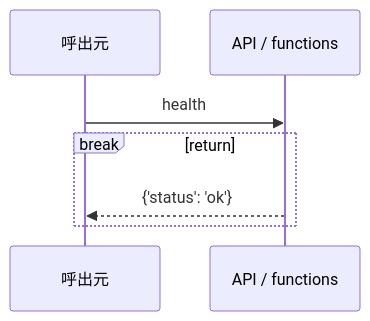
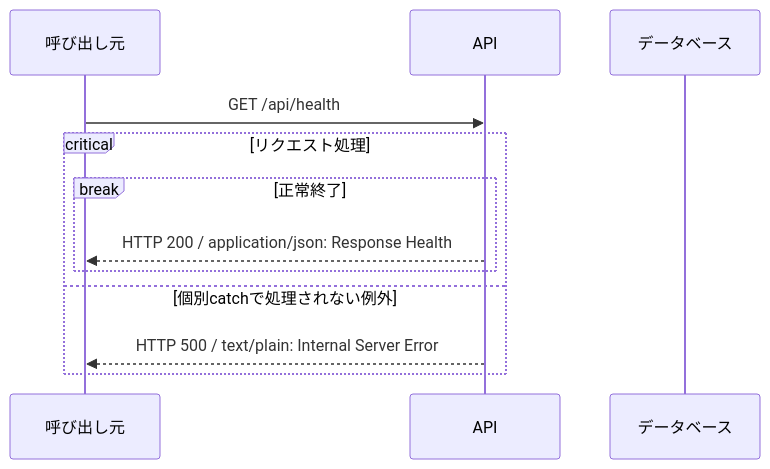
The diagram in docs/generated/apis/health/sequence.gen.md (tsuji-tomonori/CornellNoteWebv2), drawn with Mermaid before and after one commit. The commit also changed other lines of this file and 30 other files, not shown here.

First line of the commit message:
📝 docs(sequence): API・DB・呼出元の分岐とHTTP応答を明確にする

````diff
--- a/docs/generated/apis/health/sequence.gen.md
+++ b/docs/generated/apis/health/sequence.gen.md
@@ -13,9 +19,14 @@
 ```mermaid
 sequenceDiagram
-    participant C as 呼出元
-    participant A as API / functions
-    C->>A: health
-    break return
-    A-->>C: {'status': 'ok'}
+    participant C as 呼び出し元
+    participant A as API
+    participant D as データベース
+    C->>A: GET /api/health
+    critical リクエスト処理
+    break 正常終了
+    A-->>C: HTTP 200 / application/json: Response Health
+    end
+    option 個別catchで処理されない例外
+    A-->>C: HTTP 500 / text/plain: Internal Server Error
     end
 ```
````
